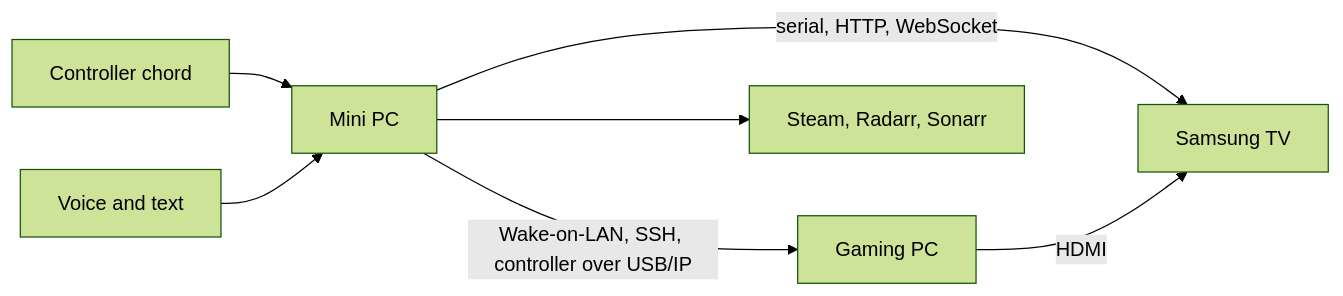
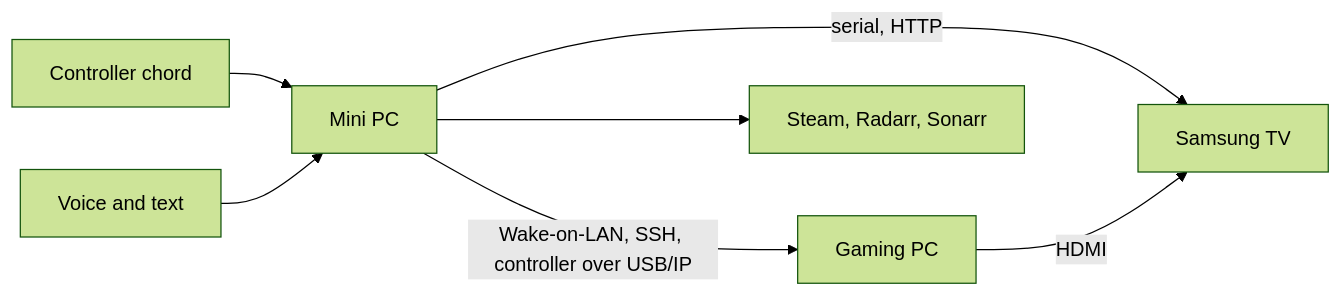
Before and after one commit to trillville/slopstation: the diagram in README.md, drawn with Mermaid (forest theme). The commit also changed other lines of this file and 7 other files, not shown here.

````diff
--- a/README.md
+++ b/README.md
@@ -18,9 +18,9 @@
 ```mermaid
 flowchart LR
     chord[Controller chord] --> mini[Mini PC]
     voice[Voice and text] --> mini
-    mini -->|serial, HTTP, WebSocket| tv[Samsung TV]
+    mini -->|serial, HTTP| tv[Samsung TV]
     mini -->|Wake-on-LAN, SSH, controller over USB/IP| pc[Gaming PC]
     pc -->|HDMI| tv
     mini --> media[Steam, Radarr, Sonarr]
 ```
````
